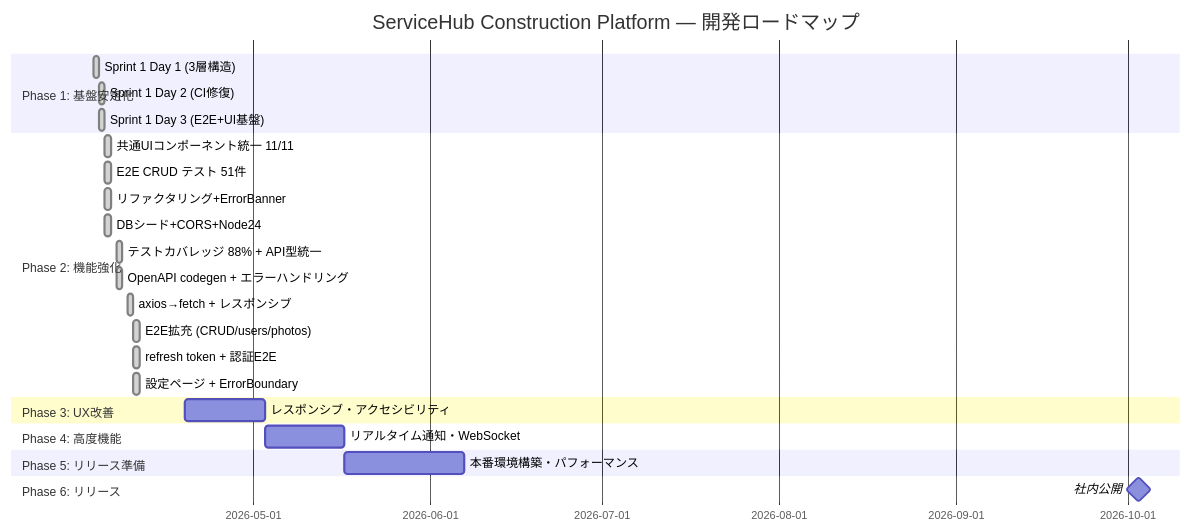
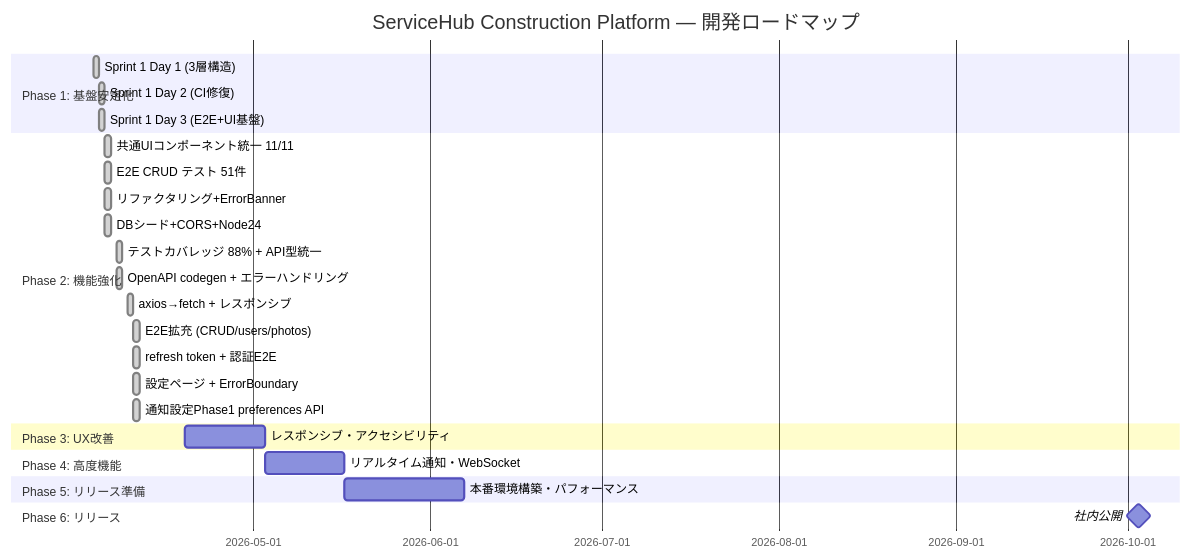
One commit to Kensan196948G/ServiceHub-Construction-Platform changed the fifth of 7 diagrams in README.md. Above: the diagram before and after it, drawn with Mermaid. The commit also changed other lines of this file and 1 other file, not shown here.

````diff
--- a/README.md
+++ b/README.md
@@ -255,28 +256,29 @@
 ```mermaid
 gantt
     title ServiceHub Construction Platform — 開発ロードマップ
     dateFormat  YYYY-MM-DD
     section Phase 1: 基盤安定化
     Sprint 1 Day 1 (3層構造)         :done, s1d1, 2026-04-03, 1d
     Sprint 1 Day 2 (CI修復)          :done, s1d2, 2026-04-04, 1d
     Sprint 1 Day 3 (E2E+UI基盤)      :done, s1d3, 2026-04-04, 1d
     section Phase 2: 機能強化
     共通UIコンポーネント統一 11/11     :done, s2a, 2026-04-05, 1d
     E2E CRUD テスト 51件              :done, s2b, 2026-04-05, 1d
     リファクタリング+ErrorBanner      :done, s2c, 2026-04-05, 1d
     DBシード+CORS+Node24              :done, s2d, 2026-04-05, 1d
     テストカバレッジ 88% + API型統一    :done, s2e, 2026-04-07, 1d
     OpenAPI codegen + エラーハンドリング :done, s2f, 2026-04-07, 1d
     axios→fetch + レスポンシブ         :done, s2g, 2026-04-09, 1d
     E2E拡充 (CRUD/users/photos)        :done, s2h, 2026-04-10, 1d
     refresh token + 認証E2E            :done, s2i, 2026-04-10, 1d
     設定ページ + ErrorBoundary          :done, s2j, 2026-04-10, 1d
+    通知設定Phase1 preferences API      :done, s2k, 2026-04-10, 1d
     section Phase 3: UX改善
     レスポンシブ・アクセシビリティ    :s3, 2026-04-19, 14d
     section Phase 4: 高度機能
     リアルタイム通知・WebSocket       :s4, 2026-05-03, 14d
     section Phase 5: リリース準備
     本番環境構築・パフォーマンス      :s5, 2026-05-17, 21d
     section Phase 6: リリース
     社内公開                          :milestone, m1, 2026-10-03, 0d
 ```
````
